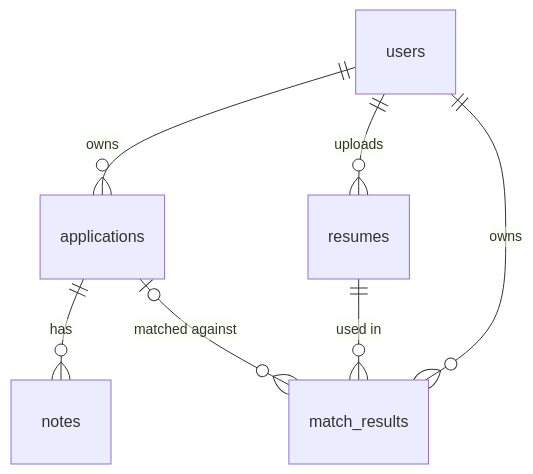
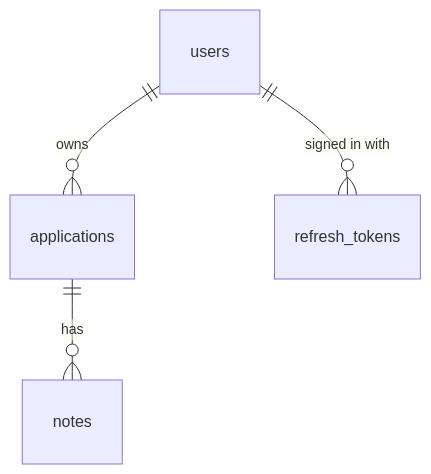
The second of 2 diagrams in docs/ARCHITECTURE.md (varsha-k-karthikeyan/jobtrackr), drawn with Mermaid before and after one commit. The commit also changed other lines of this file and 3 other files, not shown here.

````diff
--- a/docs/ARCHITECTURE.md
+++ b/docs/ARCHITECTURE.md
@@ -95,9 +95,6 @@
 ```mermaid
 erDiagram
     users ||--o{ applications : owns
     applications ||--o{ notes : has
-    users ||--o{ resumes : uploads
-    users ||--o{ match_results : owns
-    resumes ||--o{ match_results : "used in"
-    applications |o--o{ match_results : "matched against"
+    users ||--o{ refresh_tokens : "signed in with"
 ```
````
